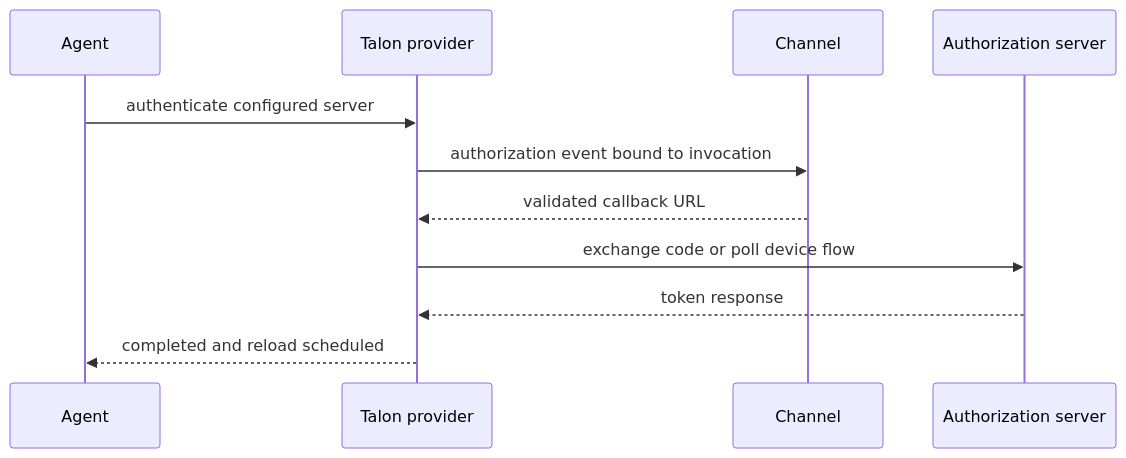
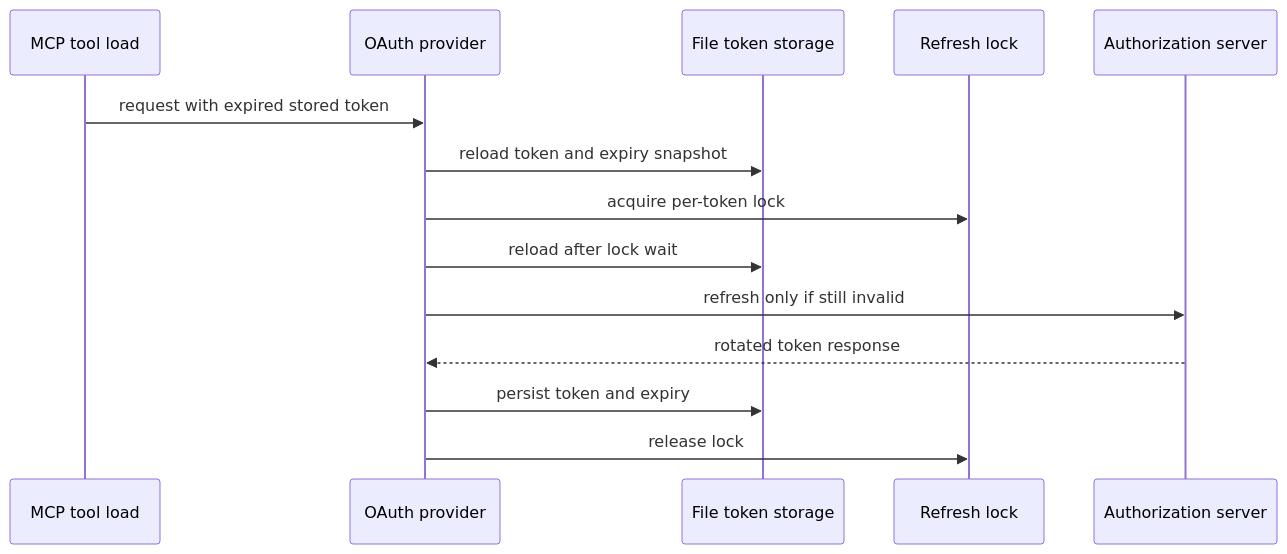
The second of 2 diagrams in openwiki/integrations/mcp.md (langchain-ai/deepagents), drawn with Mermaid before and after one commit. The commit also changed other lines of this file and 55 other files, not shown here.

````diff
--- a/openwiki/integrations/mcp.md
+++ b/openwiki/integrations/mcp.md
@@ -89,13 +90,16 @@
 ```mermaid
 sequenceDiagram
-    participant Agent
-    participant Provider as Talon provider
-    participant Channel
+    participant Tool as MCP tool load
+    participant Provider as OAuth provider
+    participant Store as File token storage
+    participant Lock as Refresh lock
     participant Auth as Authorization server
-    Agent->>Provider: authenticate configured server
-    Provider->>Channel: authorization event bound to invocation
-    Channel-->>Provider: validated callback URL
-    Provider->>Auth: exchange code or poll device flow
-    Auth-->>Provider: token response
-    Provider-->>Agent: completed and reload scheduled
+    Tool->>Provider: request with expired stored token
+    Provider->>Store: reload token and expiry snapshot
+    Provider->>Lock: acquire per-token lock
+    Provider->>Store: reload after lock wait
+    Provider->>Auth: refresh only if still invalid
+    Auth-->>Provider: rotated token response
+    Provider->>Store: persist token and expiry
+    Provider->>Lock: release lock
 ```
````
